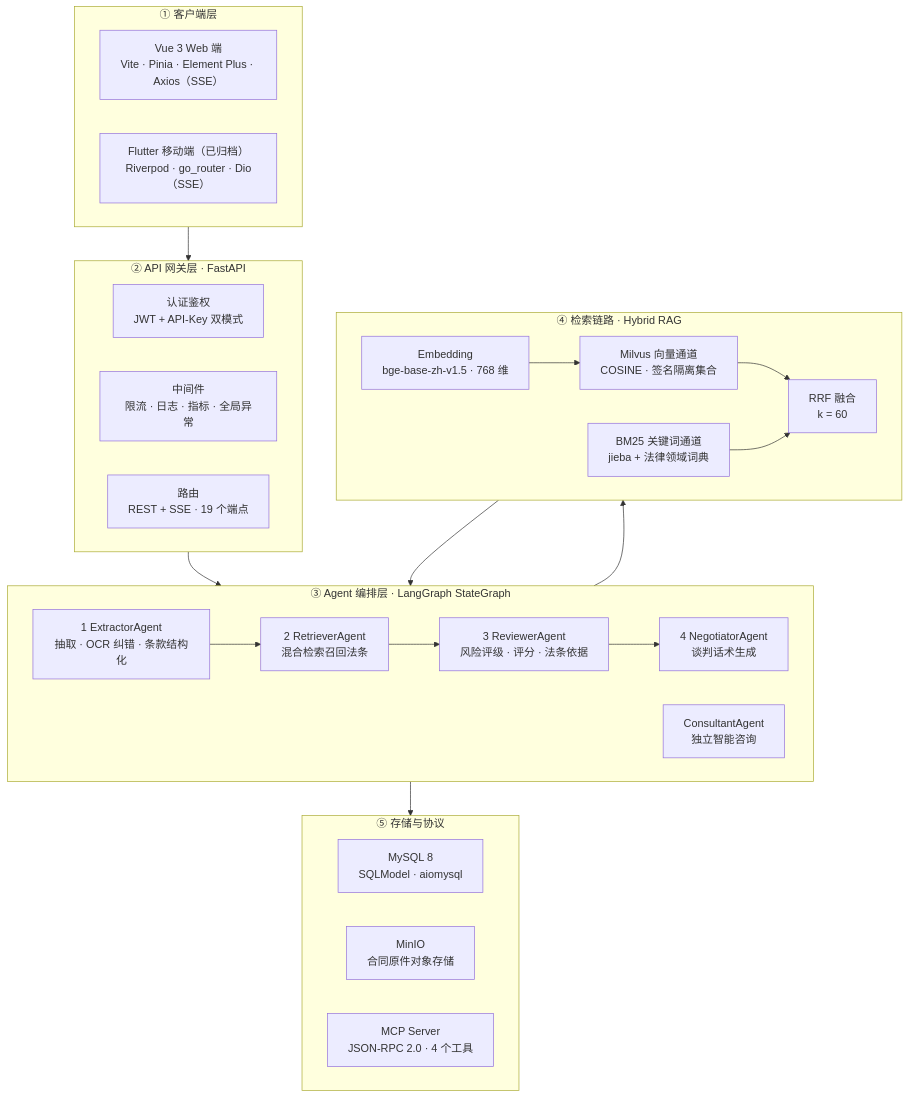
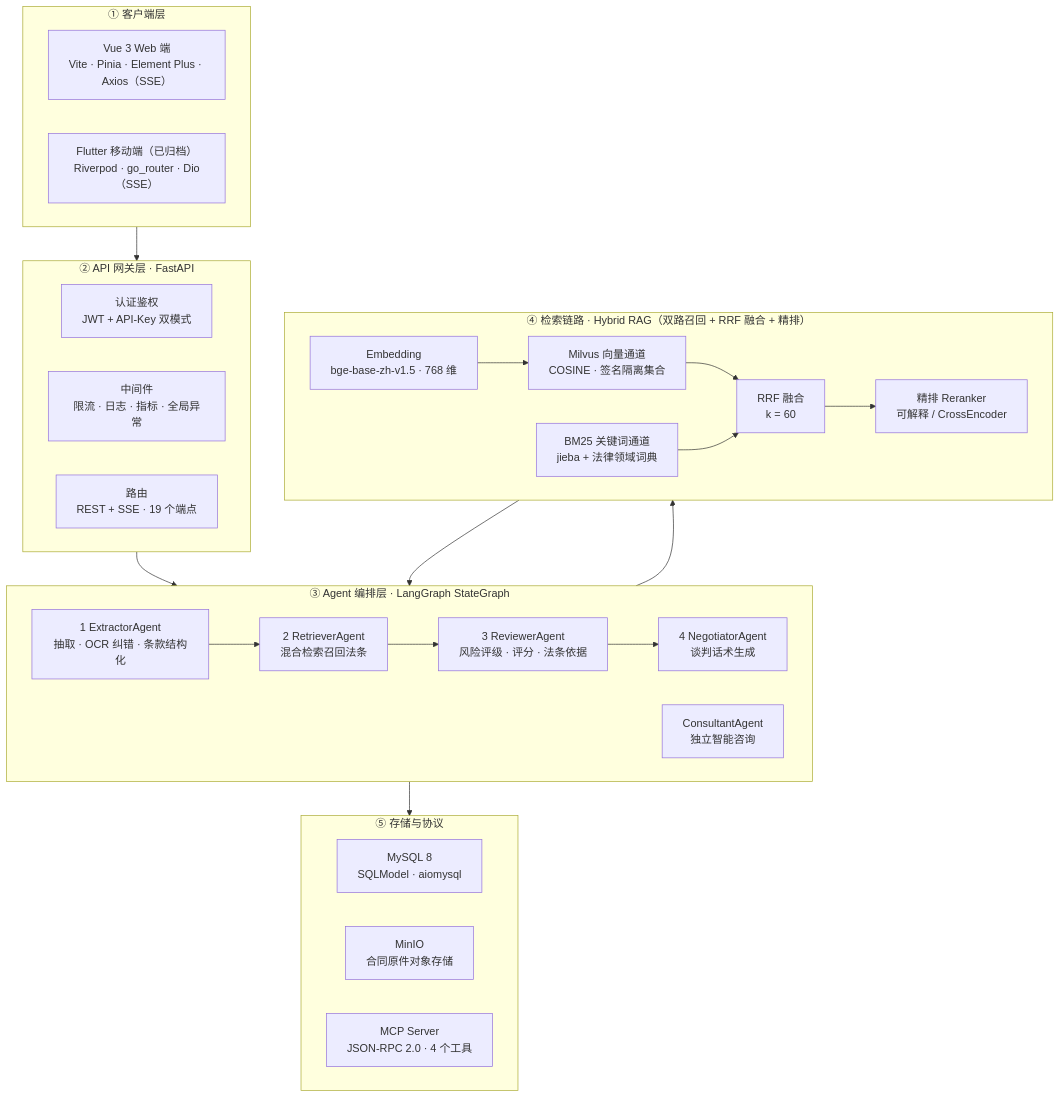
The first of 3 diagrams in 简历_项目介绍.md (SFANBLOG/lumos), drawn with Mermaid before and after one commit. The commit also changed other lines of this file and 5 other files, not shown here.

Commit message:
docs(rag): 统一检索链路表述为双路召回+RRF融合+精排三段式，补齐遗漏的精排(Reranker)环节

````diff
--- a/简历_项目介绍.md
+++ b/简历_项目介绍.md
@@ -53,47 +53,49 @@
 ```mermaid
 flowchart TB
     subgraph L1["① 客户端层"]
         direction LR
         W["Vue 3 Web 端<br/>Vite · Pinia · Element Plus · Axios（SSE）"]
         M["Flutter 移动端（已归档）<br/>Riverpod · go_router · Dio（SSE）"]
     end
 
     subgraph L2["② API 网关层 · FastAPI"]
         direction LR
         A1["认证鉴权<br/>JWT + API-Key 双模式"]
         A2["中间件<br/>限流 · 日志 · 指标 · 全局异常"]
         A3["路由<br/>REST + SSE · 19 个端点"]
     end
 
     subgraph L3["③ Agent 编排层 · LangGraph StateGraph"]
         direction LR
         N1["1 ExtractorAgent<br/>抽取 · OCR 纠错 · 条款结构化"]
         N2["2 RetrieverAgent<br/>混合检索召回法条"]
         N3["3 ReviewerAgent<br/>风险评级 · 评分 · 法条依据"]
         N4["4 NegotiatorAgent<br/>谈判话术生成"]
         N5["ConsultantAgent<br/>独立智能咨询"]
         N1 --> N2 --> N3 --> N4
     end
 
-    subgraph L4["④ 检索链路 · Hybrid RAG"]
+    subgraph L4["④ 检索链路 · Hybrid RAG（双路召回 + RRF 融合 + 精排）"]
         direction LR
         E1["Embedding<br/>bge-base-zh-v1.5 · 768 维"]
         V1["Milvus 向量通道<br/>COSINE · 签名隔离集合"]
         B1["BM25 关键词通道<br/>jieba + 法律领域词典"]
         F1["RRF 融合<br/>k = 60"]
+        R1["精排 Reranker<br/>可解释 / CrossEncoder"]
         E1 --> V1 --> F1
         B1 --> F1
+        F1 --> R1
     end
 
     subgraph L5["⑤ 存储与协议"]
         direction LR
         S1["MySQL 8<br/>SQLModel · aiomysql"]
         S2["MinIO<br/>合同原件对象存储"]
         S3["MCP Server<br/>JSON-RPC 2.0 · 4 个工具"]
     end
 
     L1 --> L2 --> L3
     N2 --> L4
-    F1 --> N3
+    R1 --> N3
     L3 --> L5
 ```
````
